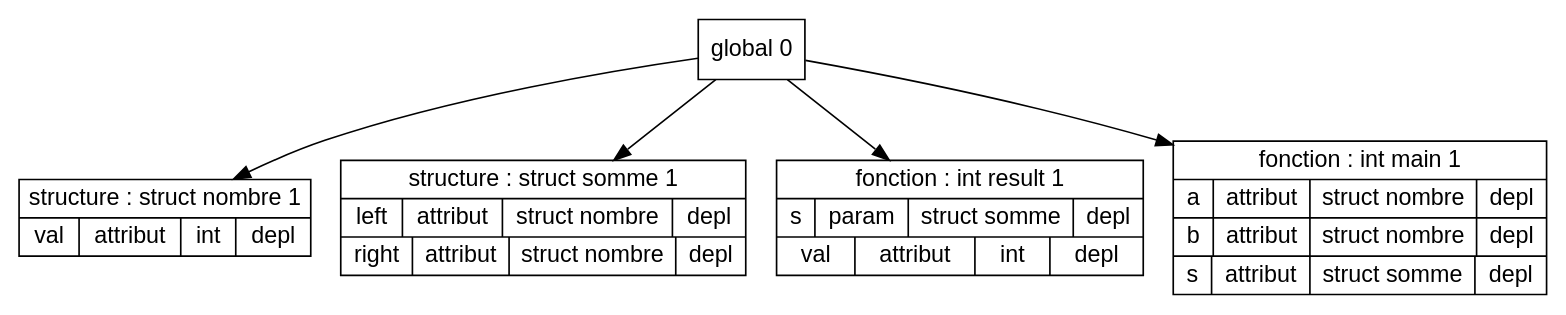
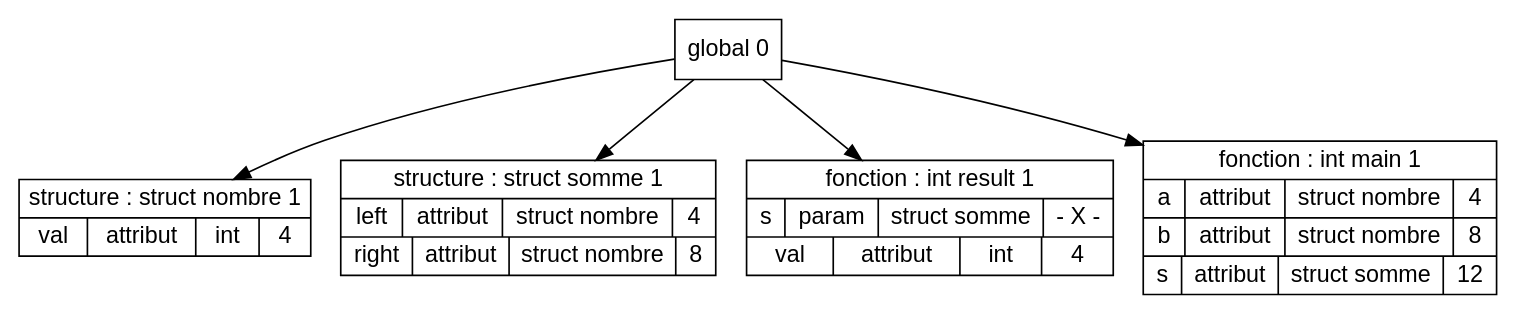
The diagram in Code/out/tds/dot/Test_Semantique/codestruct.dot (Hamza-ABDOULHOUSSEN/compil), drawn with Graphviz before and after one commit. The commit also changed 46 other files, not shown here.

```diff
--- a/Code/out/tds/dot/Test_Semantique/codestruct.dot
+++ b/Code/out/tds/dot/Test_Semantique/codestruct.dot
@@ -1,33 +1,33 @@
 digraph "tds"{
 
 	node [fontname="Arial"];
 
 	N1 [shape=record label="{ structure : struct nombre 1
-	| { val | attribut | int | depl }
+	| { val | attribut | int | 4 }
 	}"];
 
 	N2 [shape=record label="{ structure : struct somme 1
-	| { left | attribut | struct nombre | depl }
-	| { right | attribut | struct nombre | depl }
+	| { left | attribut | struct nombre | 4 }
+	| { right | attribut | struct nombre | 8 }
 	}"];
 
 	N3 [shape=record label="{ fonction : int result 1
-	| { s | param | struct somme | depl }
-	| { val | attribut | int | depl }
+	| { s | param | struct somme | - X - }
+	| { val | attribut | int | 4 }
 	}"];
 
 	N4 [shape=record label="{ fonction : int main 1
-	| { a | attribut | struct nombre | depl }
-	| { b | attribut | struct nombre | depl }
-	| { s | attribut | struct somme | depl }
+	| { a | attribut | struct nombre | 4 }
+	| { b | attribut | struct nombre | 8 }
+	| { s | attribut | struct somme | 12 }
 	}"];
 
 	N0 [shape=record label="{ global 0
 	}"];
 
 
 	N0 -> N1; 
 	N0 -> N2; 
 	N0 -> N3; 
 	N0 -> N4; 
 }
```
